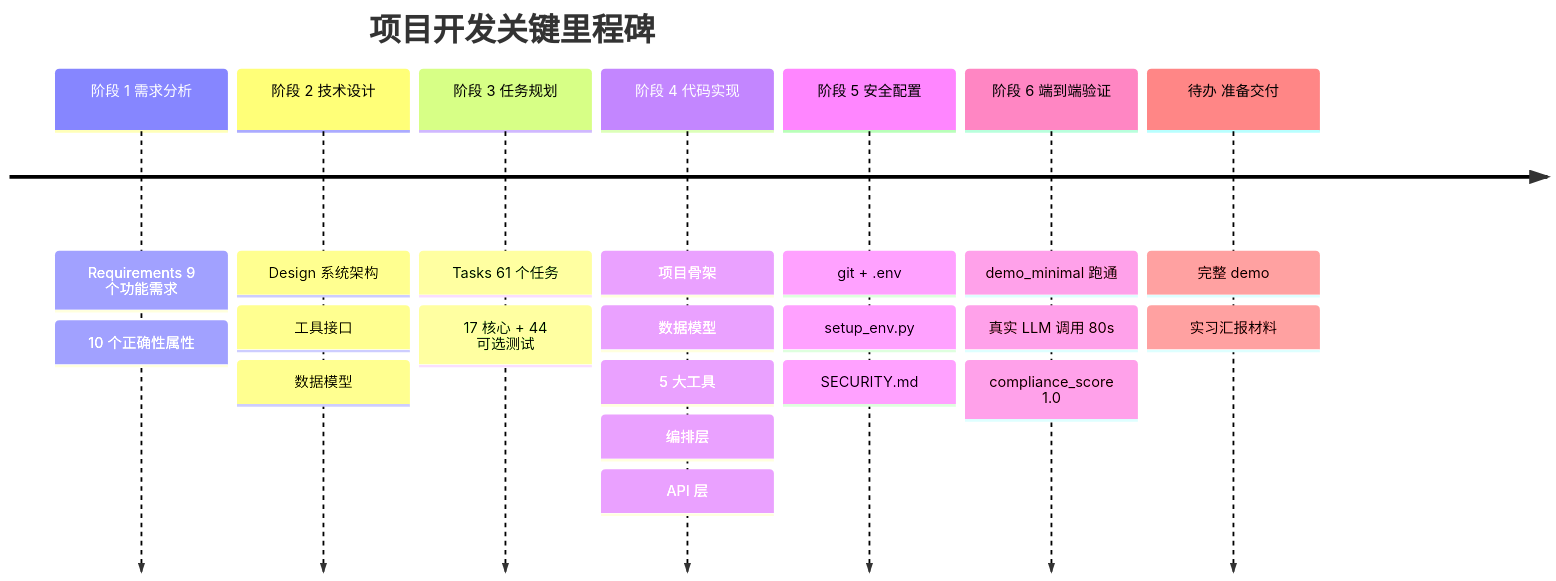
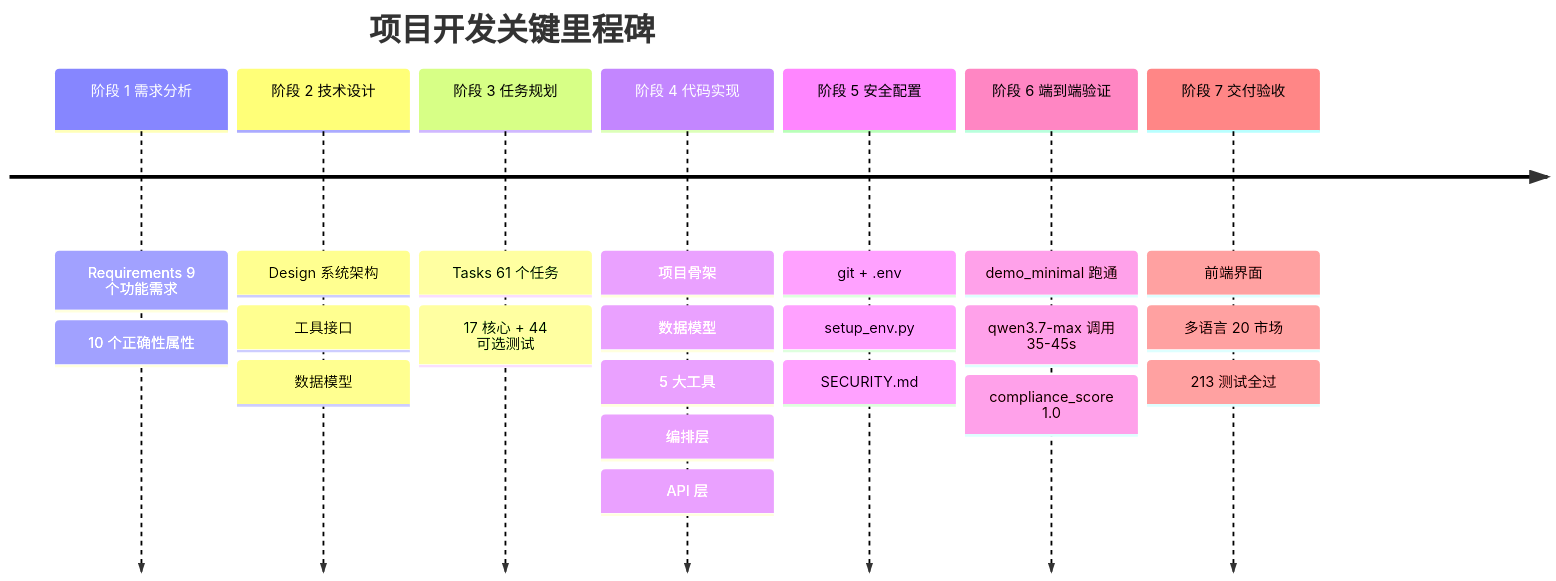
One commit to kangshengzhe/creative-editor-agent changed the seventh of 8 diagrams in docs/PROJECT_FLOW.md. Above: the diagram before and after it, drawn with Mermaid. The commit also changed other lines of this file and 4 other files, not shown here.

````diff
--- a/docs/PROJECT_FLOW.md
+++ b/docs/PROJECT_FLOW.md
@@ -295,11 +295,11 @@
 ```mermaid
 timeline
     title 项目开发关键里程碑
     阶段 1 需求分析 : Requirements 9 个功能需求 : 10 个正确性属性
     阶段 2 技术设计 : Design 系统架构 : 工具接口 : 数据模型
     阶段 3 任务规划 : Tasks 61 个任务 : 17 核心 + 44 可选测试
     阶段 4 代码实现 : 项目骨架 : 数据模型 : 5 大工具 : 编排层 : API 层
     阶段 5 安全配置 : git + .env : setup_env.py : SECURITY.md
-    阶段 6 端到端验证 : demo_minimal 跑通 : 真实 LLM 调用 80s : compliance_score 1.0
-    待办 准备交付 : 完整 demo : 实习汇报材料
+    阶段 6 端到端验证 : demo_minimal 跑通 : qwen3.7-max 调用 35-45s : compliance_score 1.0
+    阶段 7 交付验收 : 前端界面 : 多语言 20 市场 : 213 测试全过
 ```
````
